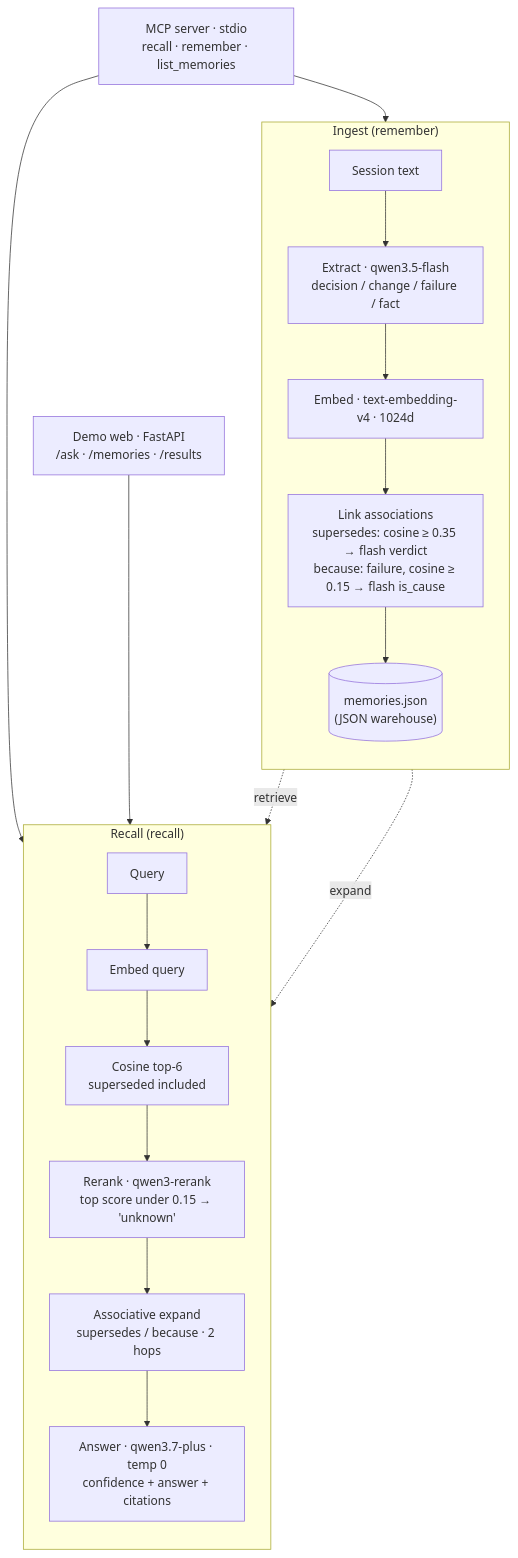
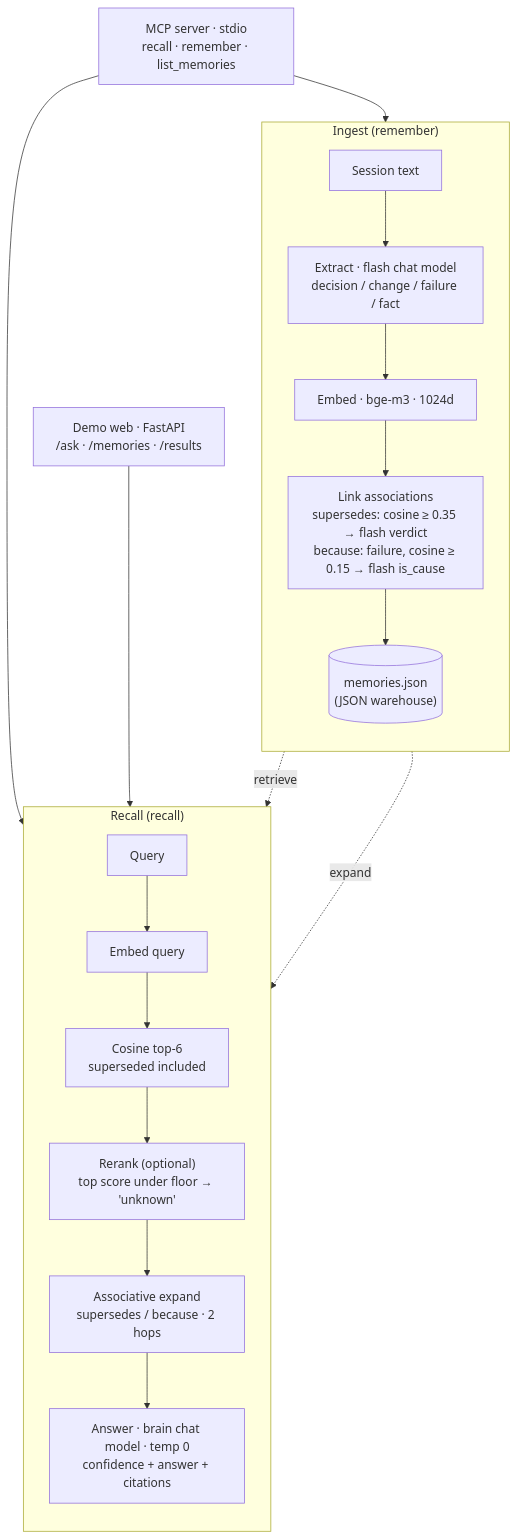
One commit to jsiksn/mnemosure changed the diagram in README.md. Above: the diagram before and after it, drawn with Mermaid. The commit also changed other lines of this file and 5 other files, not shown here.

````diff
--- a/README.md
+++ b/README.md
@@ -24,28 +25,28 @@
 ```mermaid
 flowchart TB
     MCP["MCP server · stdio<br/>recall · remember · list_memories"]
     WEB["Demo web · FastAPI<br/>/ask · /memories · /results"]
 
     subgraph Ingest["Ingest (remember)"]
         direction TB
-        S["Session text"] --> EX["Extract · qwen3.5-flash<br/>decision / change / failure / fact"]
-        EX --> EMB1["Embed · text-embedding-v4 · 1024d"]
+        S["Session text"] --> EX["Extract · flash chat model<br/>decision / change / failure / fact"]
+        EX --> EMB1["Embed · bge-m3 · 1024d"]
         EMB1 --> LINK["Link associations<br/>supersedes: cosine ≥ 0.35 → flash verdict<br/>because: failure, cosine ≥ 0.15 → flash is_cause"]
         LINK --> STORE[("memories.json<br/>(JSON warehouse)")]
     end
 
     subgraph Recall["Recall (recall)"]
         direction TB
         Q["Query"] --> EMB2["Embed query"]
         EMB2 --> COS["Cosine top-6<br/>superseded included"]
-        COS --> RR["Rerank · qwen3-rerank<br/>top score under 0.15 → 'unknown'"]
+        COS --> RR["Rerank (optional)<br/>top score under floor → 'unknown'"]
         RR --> EXP["Associative expand<br/>supersedes / because · 2 hops"]
-        EXP --> ANS["Answer · qwen3.7-plus · temp 0<br/>confidence + answer + citations"]
+        EXP --> ANS["Answer · brain chat model · temp 0<br/>confidence + answer + citations"]
     end
 
     MCP --> S
     MCP --> Q
     WEB --> Q
     STORE -. retrieve .-> COS
     STORE -. expand .-> EXP
 ```
````
